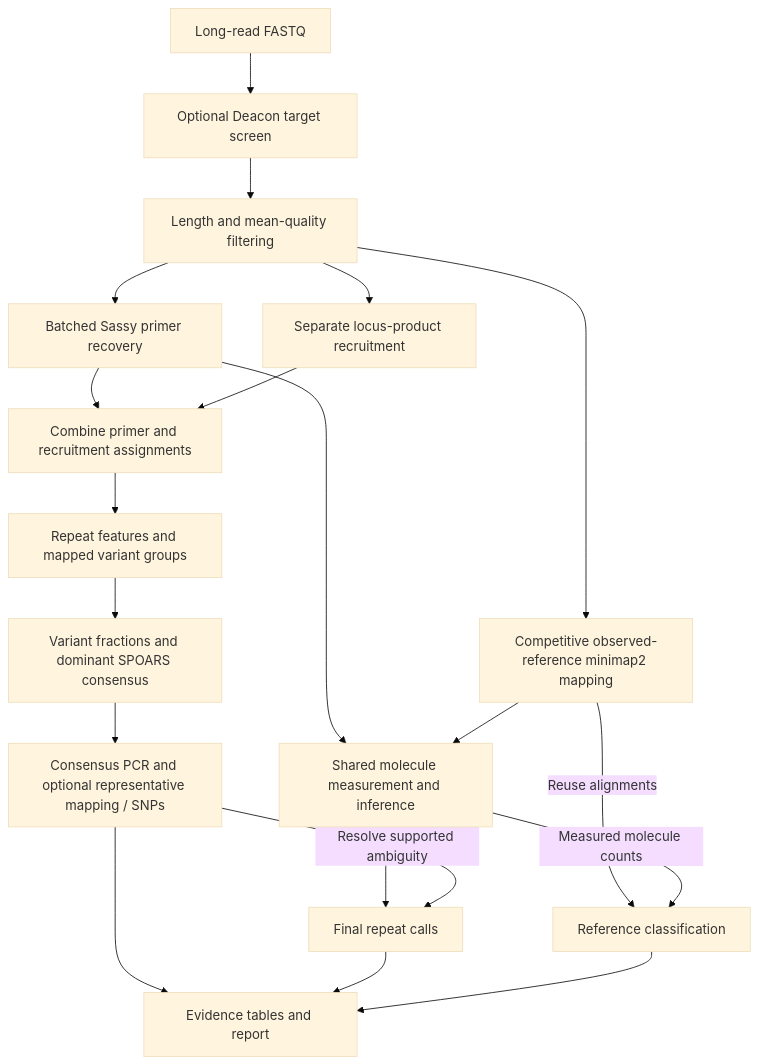
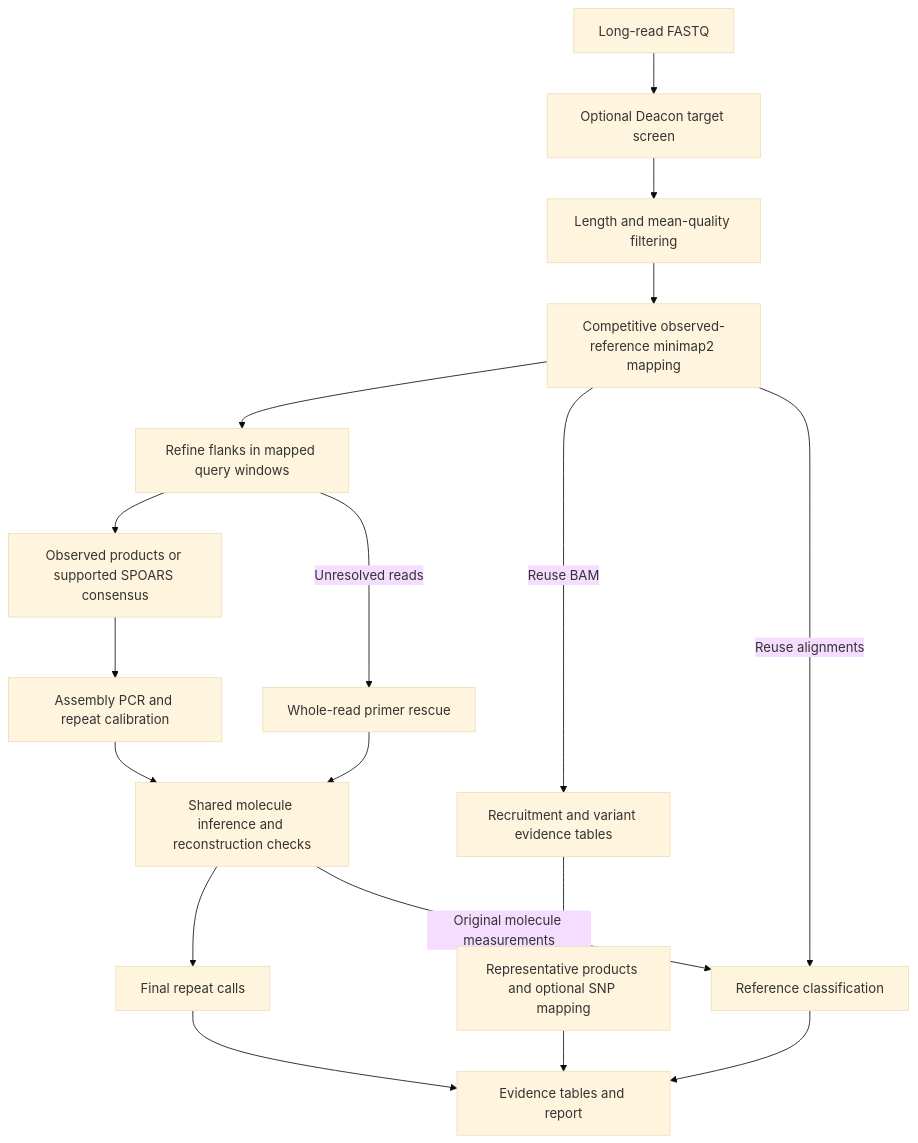
One commit to microbemarsh/mlvamaps changed the third of 4 diagrams in workflow.md. Above: the diagram before and after it, drawn with Mermaid (base theme). The commit also changed other lines of this file and 16 other files, not shown here.

````diff
--- a/workflow.md
+++ b/workflow.md
@@ -208,22 +223,20 @@
 ```mermaid
 flowchart TD
     Input[Long-read FASTQ] --> Screen[Optional Deacon target screen]
     Screen --> QC[Length and mean-quality filtering]
-    QC --> PCR[Batched Sassy primer recovery]
     QC --> Map[Competitive observed-reference minimap2 mapping]
-    PCR --> Shared[Shared molecule measurement and inference]
-    Map --> Shared
-    QC --> Recruit[Separate locus-product recruitment]
-    PCR --> Combine[Combine primer and recruitment assignments]
-    Recruit --> Combine
-    Combine --> Features[Repeat features and mapped variant groups]
-    Features --> POA[Variant fractions and dominant SPOARS consensus]
-    POA --> Confirm[Consensus PCR and optional representative mapping / SNPs]
+    Map --> Refine[Refine flanks in mapped query windows]
+    Refine --> Product[Observed products or supported SPOARS consensus]
+    Product --> PCR[Assembly PCR and repeat calibration]
+    Refine -->|Unresolved reads| Rescue[Whole-read primer rescue]
+    Rescue --> Shared[Shared molecule inference and reconstruction checks]
+    PCR --> Shared
     Shared --> Calls[Final repeat calls]
-    Confirm --> Report[Evidence tables and report]
-    Confirm -->|Resolve supported ambiguity| Calls
-    Calls --> Report
+    Map -->|Reuse BAM| Recruit[Recruitment and variant evidence tables]
+    Recruit --> Confirm[Representative products and optional SNP mapping]
+    Calls --> Report[Evidence tables and report]
+    Confirm --> Report
     Map -->|Reuse alignments| Classify[Reference classification]
-    Shared -->|Measured molecule counts| Classify
+    Shared -->|Original molecule measurements| Classify
     Classify --> Report
 ```
````
